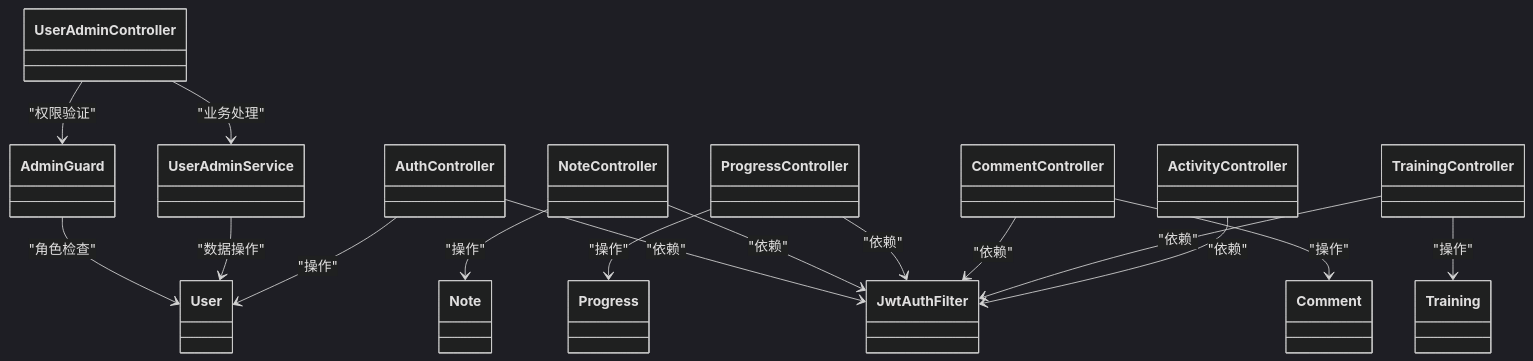
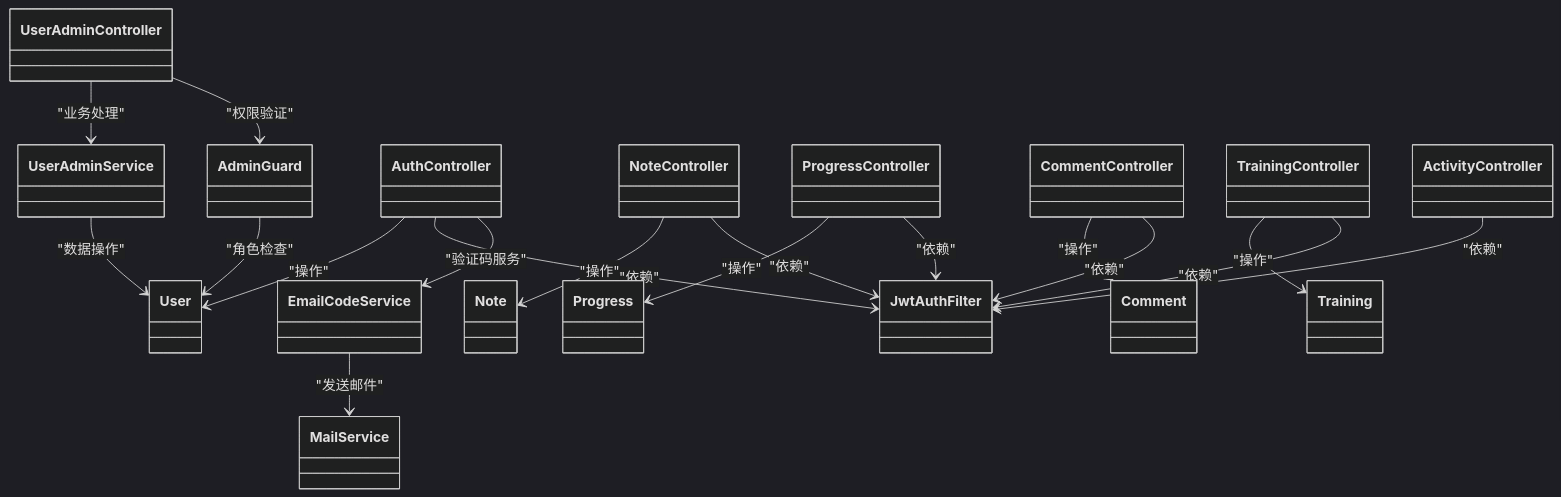
The fourth of 4 diagrams in .qoder/repowiki/zh/content/后端API文档/用户管理API.md (huangman881112/aiforip), drawn with Mermaid (dark theme) before and after one commit. The commit also changed other lines of this file and 87 other files, not shown here.

````diff
--- a/.qoder/repowiki/zh/content/后端API文档/用户管理API.md
+++ b/.qoder/repowiki/zh/content/后端API文档/用户管理API.md
@@ -475,33 +582,36 @@
 ```mermaid
 classDiagram
 class UserAdminController
 class AdminGuard
 class UserAdminService
 class AuthController
+class EmailCodeService
 class NoteController
 class ProgressController
 class CommentController
 class TrainingController
 class ActivityController
 class JwtAuthFilter
 class User
 class Note
 class Progress
 class Comment
 class Training
 UserAdminController --> AdminGuard : "权限验证"
 UserAdminController --> UserAdminService : "业务处理"
+AuthController --> EmailCodeService : "验证码服务"
+AuthController --> JwtAuthFilter : "依赖"
+EmailCodeService --> MailService : "发送邮件"
 AdminGuard --> User : "角色检查"
 UserAdminService --> User : "数据操作"
-AuthController --> JwtAuthFilter : "依赖"
 NoteController --> JwtAuthFilter : "依赖"
 ProgressController --> JwtAuthFilter : "依赖"
 CommentController --> JwtAuthFilter : "依赖"
 TrainingController --> JwtAuthFilter : "依赖"
 ActivityController --> JwtAuthFilter : "依赖"
 NoteController --> Note : "操作"
 ProgressController --> Progress : "操作"
 CommentController --> Comment : "操作"
 TrainingController --> Training : "操作"
 AuthController --> User : "操作"
 ```
````
